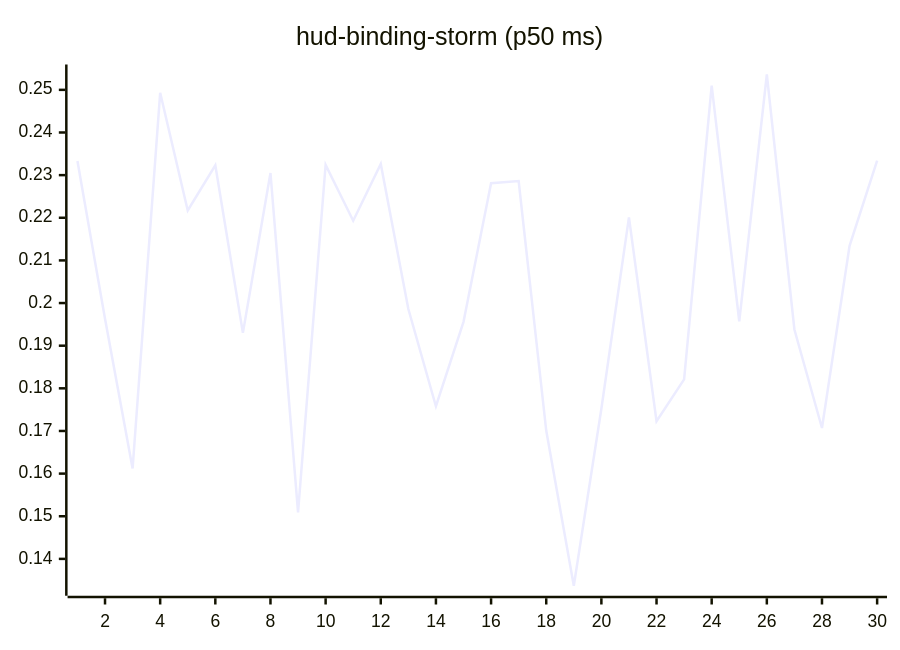
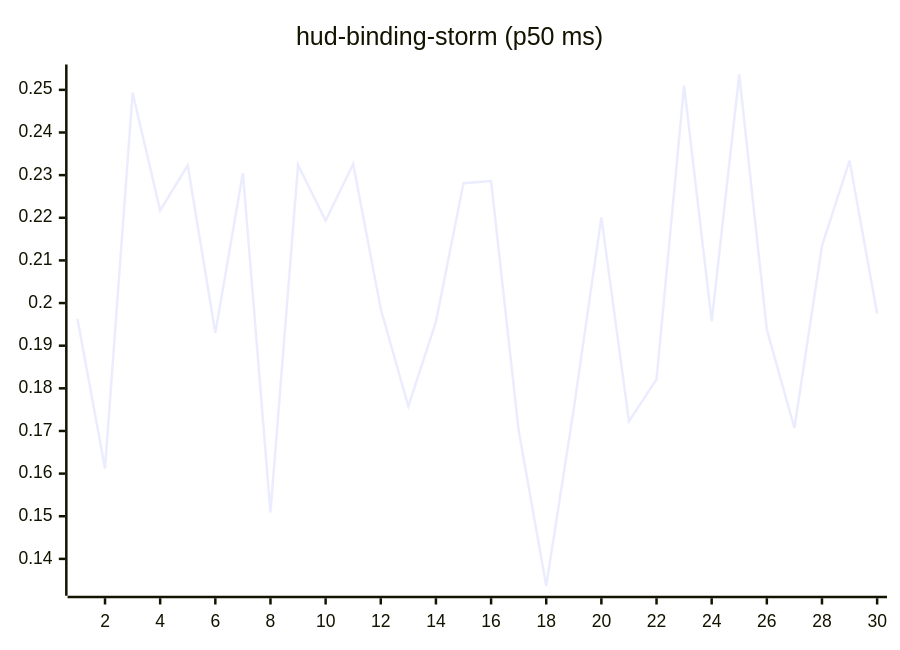
One commit to josha/Facet changed the tenth of 27 diagrams in README.md. Above: the diagram before and after it, drawn with Mermaid. The commit also changed other lines of this file and 2 other files, not shown here.

````diff
--- a/README.md
+++ b/README.md
@@ -126,6 +126,6 @@
 ```mermaid
 xychart-beta
     title "hud-binding-storm (p50 ms)"
     x-axis 1 --> 30
-    line [0.2333, 0.1963, 0.1612, 0.2493, 0.2217, 0.2323, 0.1930, 0.2305, 0.1509, 0.2324, 0.2193, 0.2326, 0.1986, 0.1758, 0.1956, 0.2281, 0.2286, 0.1701, 0.1337, 0.1752, 0.2201, 0.1723, 0.1821, 0.2510, 0.1957, 0.2536, 0.1938, 0.1707, 0.2134, 0.2334]
+    line [0.1963, 0.1612, 0.2493, 0.2217, 0.2323, 0.1930, 0.2305, 0.1509, 0.2324, 0.2193, 0.2326, 0.1986, 0.1758, 0.1956, 0.2281, 0.2286, 0.1701, 0.1337, 0.1752, 0.2201, 0.1723, 0.1821, 0.2510, 0.1957, 0.2536, 0.1938, 0.1707, 0.2134, 0.2334, 0.1975]
 ```
````
